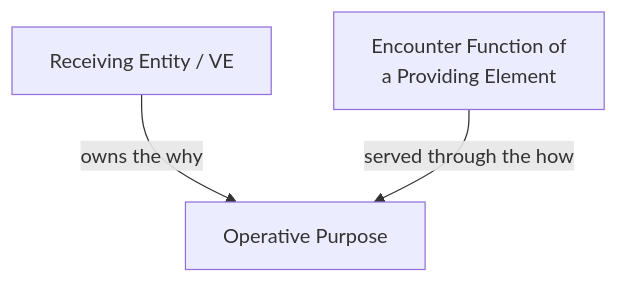
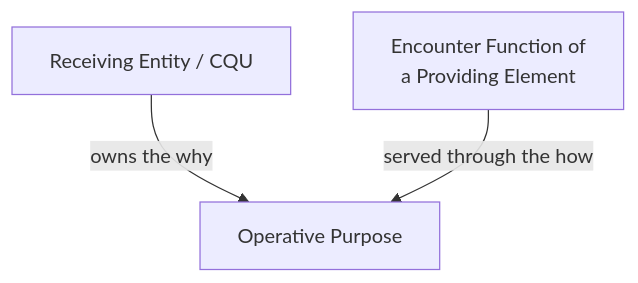
Before and after one commit to RchGrav/metaform: the fourth of 11 diagrams in docs/inference-metaform/REFERENCE.md, drawn with Mermaid. The commit also changed other lines of this file and 25 other files, not shown here.

````diff
--- a/docs/inference-metaform/REFERENCE.md
+++ b/docs/inference-metaform/REFERENCE.md
@@ -145,5 +145,5 @@
 ```mermaid
 graph TB
-    receiver["Receiving Entity / VE"] -- owns the why --> purpose["Operative Purpose"]
+    receiver["Receiving Entity / CQU"] -- owns the why --> purpose["Operative Purpose"]
     provider["Encounter Function of<br/>a Providing Element"] -- served through the how --> purpose
 ```
````
